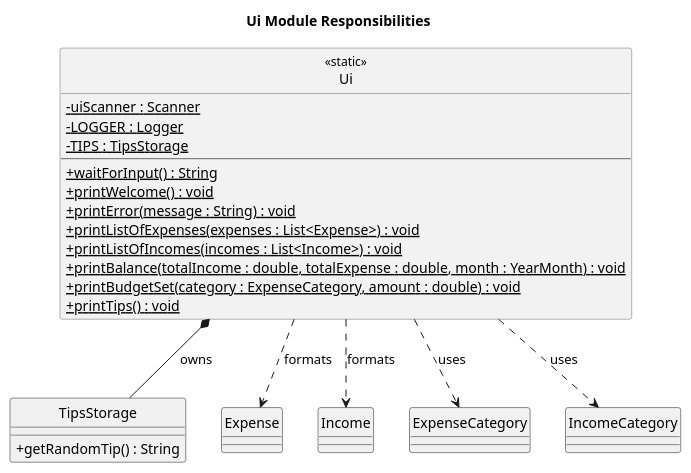
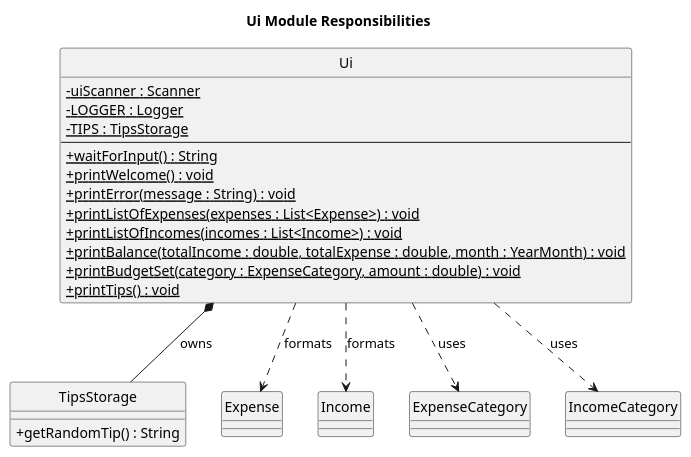
The diagram in docs/diagrams/UiClassDiagram.puml (AY2526S1-CS2113-W12-4/tp), drawn with PlantUML before and after one commit. The commit also changed 1 other file, not shown here.

Commit message:
Use UML-standard static notation for UI diagrams

```diff
--- a/docs/diagrams/UiClassDiagram.puml
+++ b/docs/diagrams/UiClassDiagram.puml
@@ -1,42 +1,37 @@
 @startuml UiClassDiagram
 hide circle
 skinparam classAttributeIconSize 0
 skinparam stereotypeFontStyle normal
-skinparam class {
-  BackgroundColor<<static>> #F2F2F2
-  BorderColor<<static>> #666666
-  StereotypeFontStyle normal
-}
 title Ui Module Responsibilities
 
-class Ui <<static>> {
+class Ui {
   -{static} uiScanner : Scanner
   -{static} LOGGER : Logger
   -{static} TIPS : TipsStorage
   --
   +{static} waitForInput() : String
   +{static} printWelcome() : void
   +{static} printError(message : String) : void
   +{static} printListOfExpenses(expenses : List<Expense>) : void
   +{static} printListOfIncomes(incomes : List<Income>) : void
   +{static} printBalance(totalIncome : double, totalExpense : double, month : YearMonth) : void
   +{static} printBudgetSet(category : ExpenseCategory, amount : double) : void
   +{static} printTips() : void
 }
 
 class TipsStorage {
   +getRandomTip() : String
 }
 
 class Expense
 class Income
 enum ExpenseCategory
 enum IncomeCategory
 
 Ui *-- TipsStorage : owns
 Ui ..> Expense : formats
 Ui ..> Income : formats
 Ui ..> ExpenseCategory : uses
 Ui ..> IncomeCategory : uses
 
 @enduml
```
